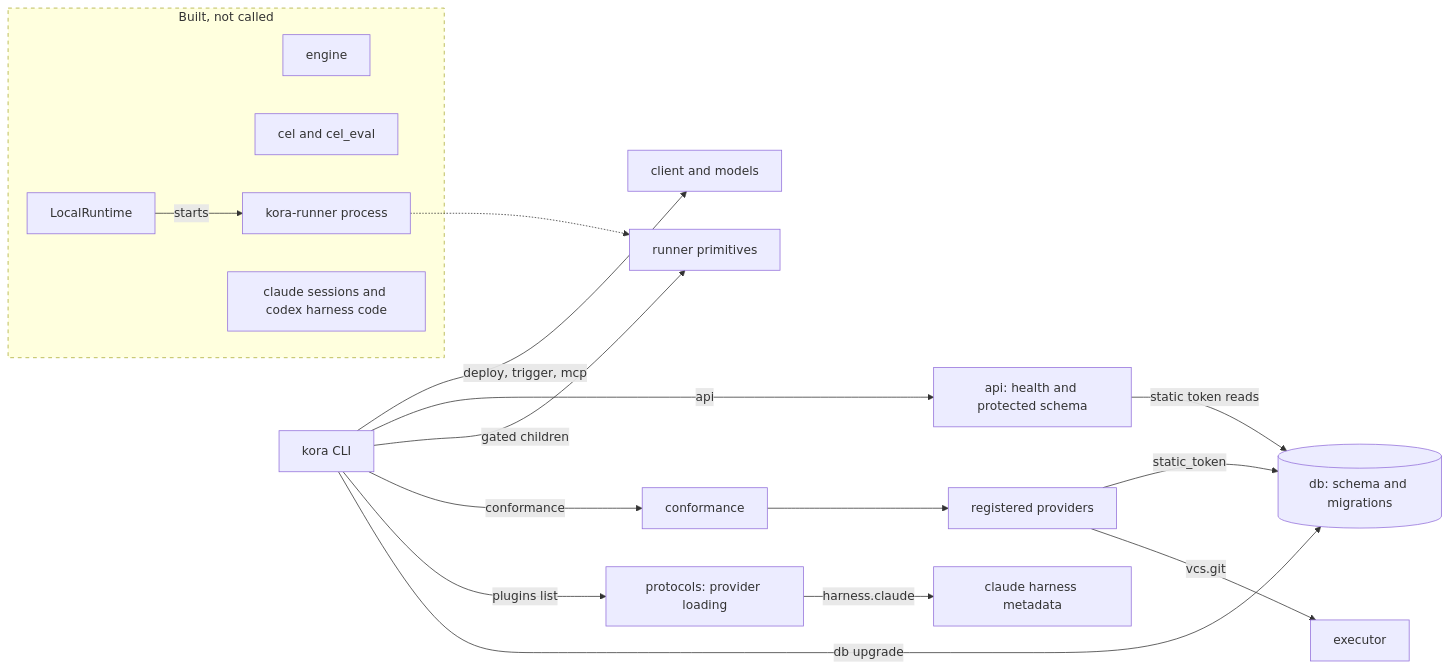
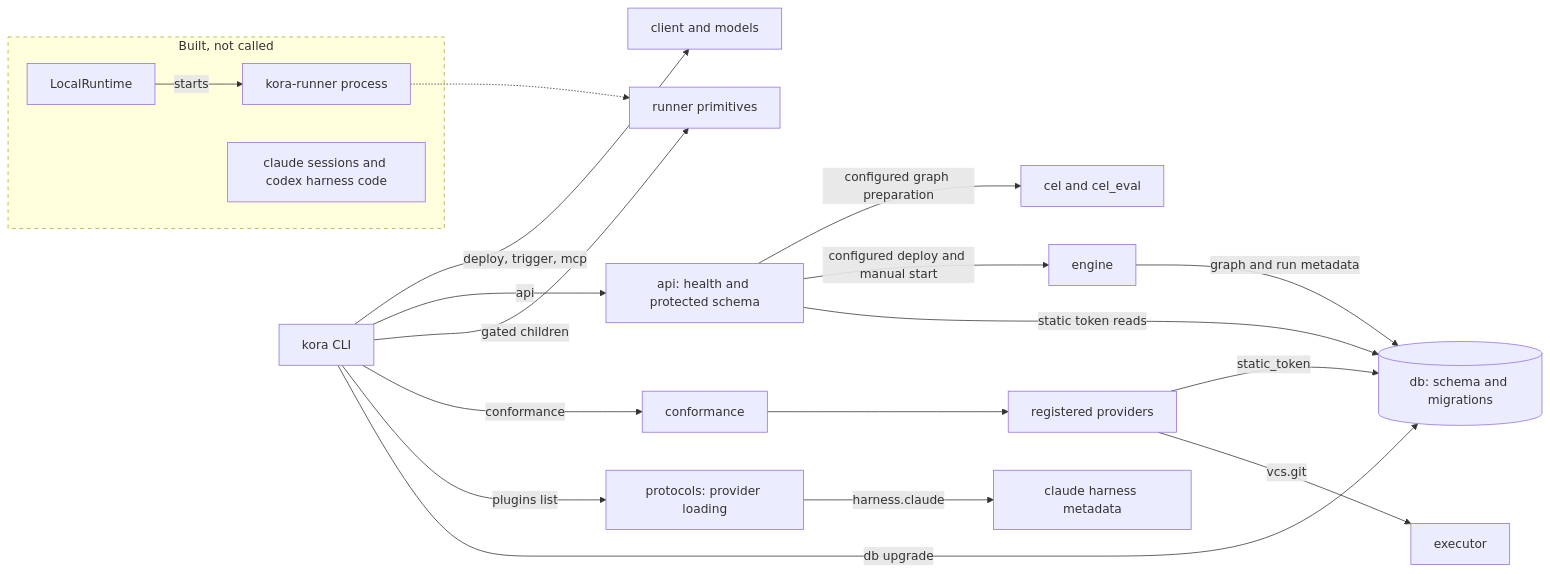
Before and after one commit to realkarych/kora: the diagram in knowledge/architecture/current.md, drawn with Mermaid. The commit also changed other lines of this file and 4 other files, not shown here.

Commit message:
Verify the installed schema and retained drain owners

````diff
--- a/knowledge/architecture/current.md
+++ b/knowledge/architecture/current.md
@@ -98,24 +98,25 @@
 ```mermaid
 flowchart LR
     accTitle: Callers of the existing packages
-    accDescr: The kora CLI reaches the database migrations, provider listing and the conformance command, and starts gated child processes with the runner primitives. Conformance constructs the registered providers and the plan executor. Provider listing loads the claude harness metadata. The installed API serves health and protected schema. The client commands use the shared client. Engine domain operation wiring, the local runtime with its runner processes, and harness sessions are exercised by separate tests.
+    accDescr: The kora CLI reaches the database migrations, provider listing and the conformance command, and starts gated child processes with the runner primitives. Conformance constructs the registered providers and the plan executor. Provider listing loads the claude harness metadata. The installed API serves health and protected schema, and an explicitly configured local API uses the engine and CEL for deploy and manual start. The client commands use the shared client. The local runtime with its runner processes and harness sessions are exercised by separate tests.
     CLI["kora CLI"] -->|db upgrade| DB[("db: schema and migrations")]
     CLI -->|plugins list| LOAD["protocols: provider loading"]
     CLI -->|conformance| CONF["conformance"]
     CONF --> PROV["registered providers"]
     PROV -->|vcs.git| EXEC["executor"]
     PROV -->|static_token| DB
     CLI -->|gated children| PRIM["runner primitives"]
     LOAD -->|harness.claude| CLAUDE["claude harness metadata"]
     CLI -->|api| API["api: health and protected schema"]
     CLI -->|deploy, trigger, mcp| CLIENT["client and models"]
     API -->|static token reads| DB
+    API -->|configured deploy and manual start| ENGINE["engine"]
+    API -->|configured graph preparation| CEL["cel and cel_eval"]
+    ENGINE -->|graph and run metadata| DB
     subgraph unused ["Built, not called"]
-        ENGINE["engine"]
-        CEL["cel and cel_eval"]
         LOCAL["LocalRuntime"] -->|starts| RUNNER["kora-runner process"]
         HARNESS["claude sessions and codex harness code"]
     end
     RUNNER -.-> PRIM
     style unused stroke-dasharray: 5 5
 ```
````
